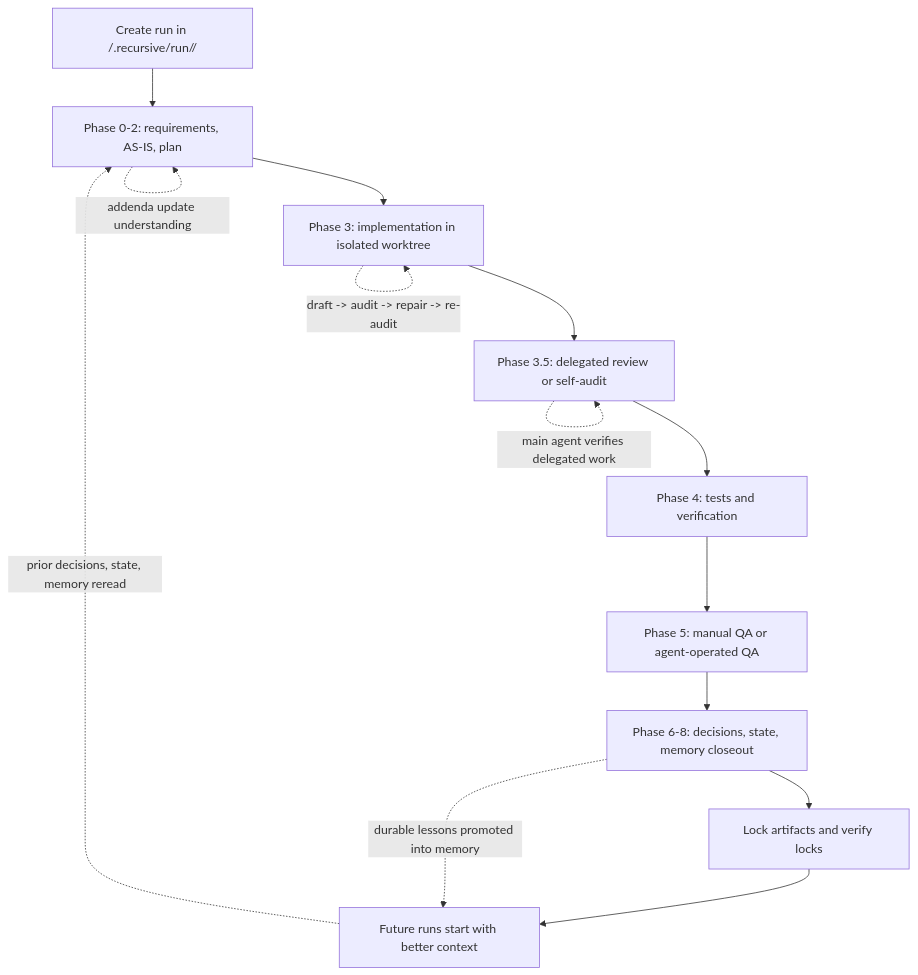
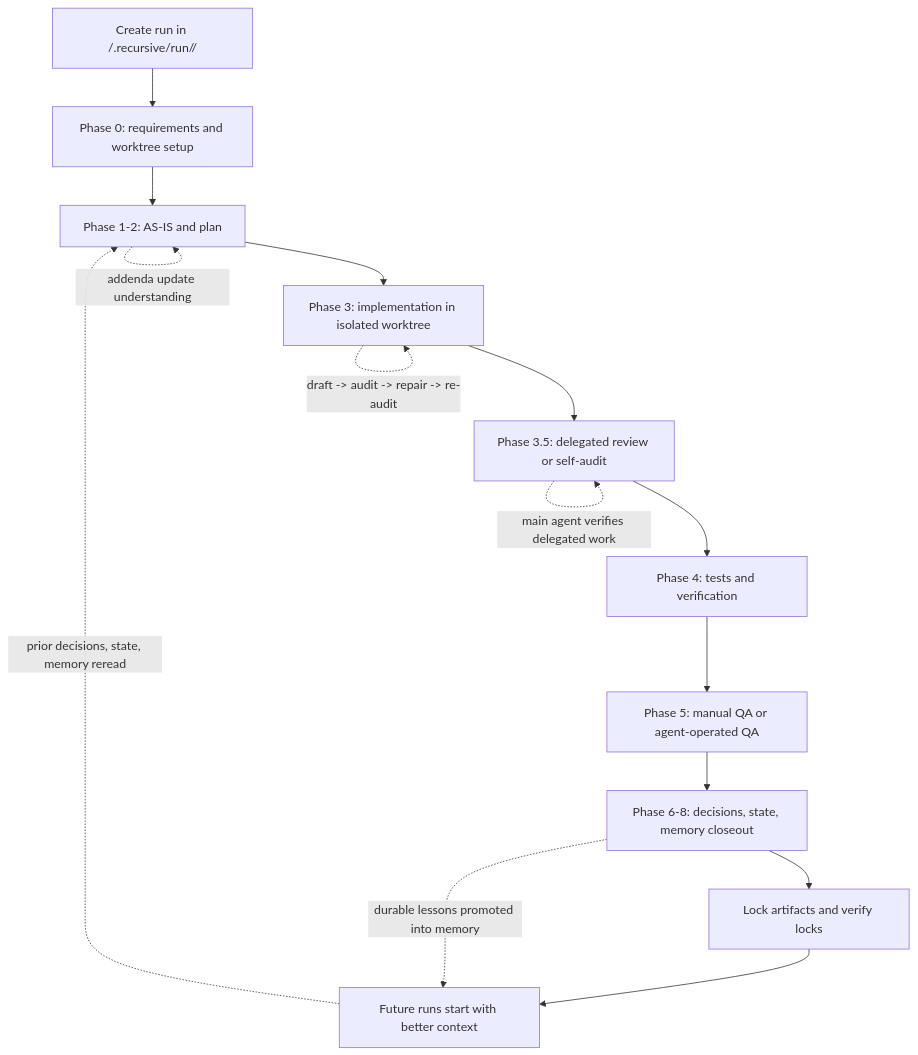
Before and after one commit to try-works/recursive-mode: the diagram in README.md, drawn with Mermaid. The commit also changed other lines of this file and 74 other files, not shown here.

````diff
--- a/README.md
+++ b/README.md
@@ -67,17 +72,18 @@
 ```mermaid
 flowchart TD
-    A[Create run in /.recursive/run/<run-id>/] --> B[Phase 0-2: requirements, AS-IS, plan]
-    B --> C[Phase 3: implementation in isolated worktree]
-    C --> D[Phase 3.5: delegated review or self-audit]
-    D --> E[Phase 4: tests and verification]
-    E --> F[Phase 5: manual QA or agent-operated QA]
-    F --> G[Phase 6-8: decisions, state, memory closeout]
-    G --> H[Lock artifacts and verify locks]
-    H --> I[Future runs start with better context]
+    A[Create run in /.recursive/run/<run-id>/] --> B[Phase 0: requirements and worktree setup]
+    B --> C[Phase 1-2: AS-IS and plan]
+    C --> D[Phase 3: implementation in isolated worktree]
+    D --> E[Phase 3.5: delegated review or self-audit]
+    E --> F[Phase 4: tests and verification]
+    F --> G[Phase 5: manual QA or agent-operated QA]
+    G --> H[Phase 6-8: decisions, state, memory closeout]
+    H --> I[Lock artifacts and verify locks]
+    I --> J[Future runs start with better context]
 
-    B -. addenda update understanding .-> B
-    C -. draft -> audit -> repair -> re-audit .-> C
-    D -. main agent verifies delegated work .-> D
-    G -. durable lessons promoted into memory .-> I
-    I -. prior decisions, state, memory reread .-> B
+    C -. addenda update understanding .-> C
+    D -. draft -> audit -> repair -> re-audit .-> D
+    E -. main agent verifies delegated work .-> E
+    H -. durable lessons promoted into memory .-> J
+    J -. prior decisions, state, memory reread .-> C
 ```
````
